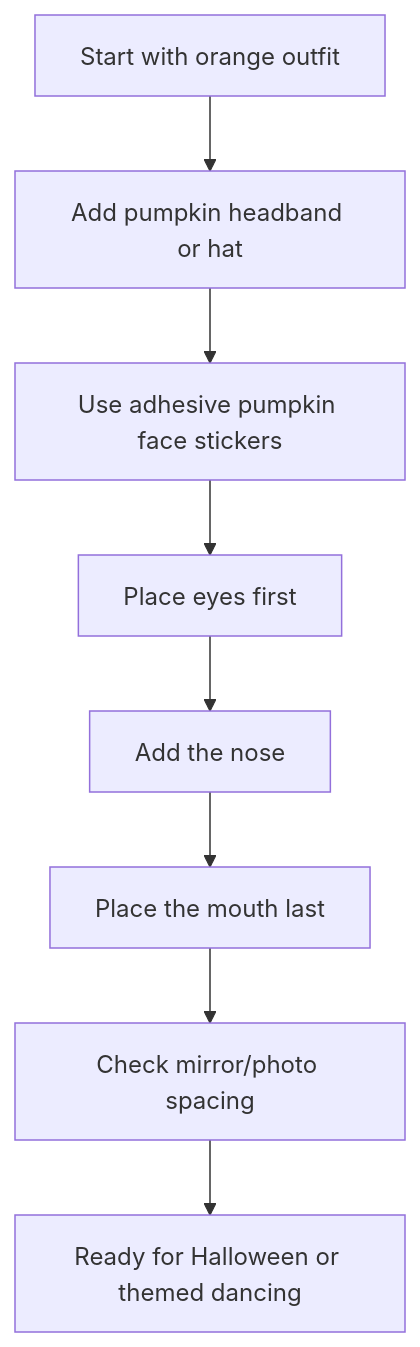
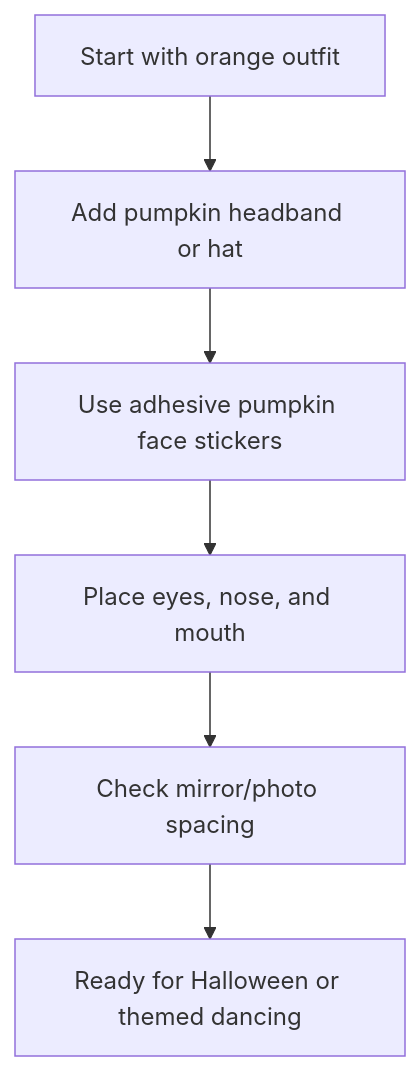
Before and after one commit to arii/tech-dancer: the diagram in content/posts/2026-04-18-halloween-costumes.md, drawn with Mermaid. The commit also changed other lines of this file, not shown here.

````diff
--- a/content/posts/2026-04-18-halloween-costumes.md
+++ b/content/posts/2026-04-18-halloween-costumes.md
@@ -48,10 +46,8 @@
 ```mermaid
 flowchart TD
     A[Start with orange outfit] --> B[Add pumpkin headband or hat]
     B --> C[Use adhesive pumpkin face stickers]
-    C --> D[Place eyes first]
-    D --> E[Add the nose]
-    E --> F[Place the mouth last]
-    F --> G[Check mirror/photo spacing]
-    G --> H[Ready for Halloween or themed dancing]
+    C --> D[Place eyes, nose, and mouth]
+    D --> E[Check mirror/photo spacing]
+    E --> F[Ready for Halloween or themed dancing]
 ```
````
